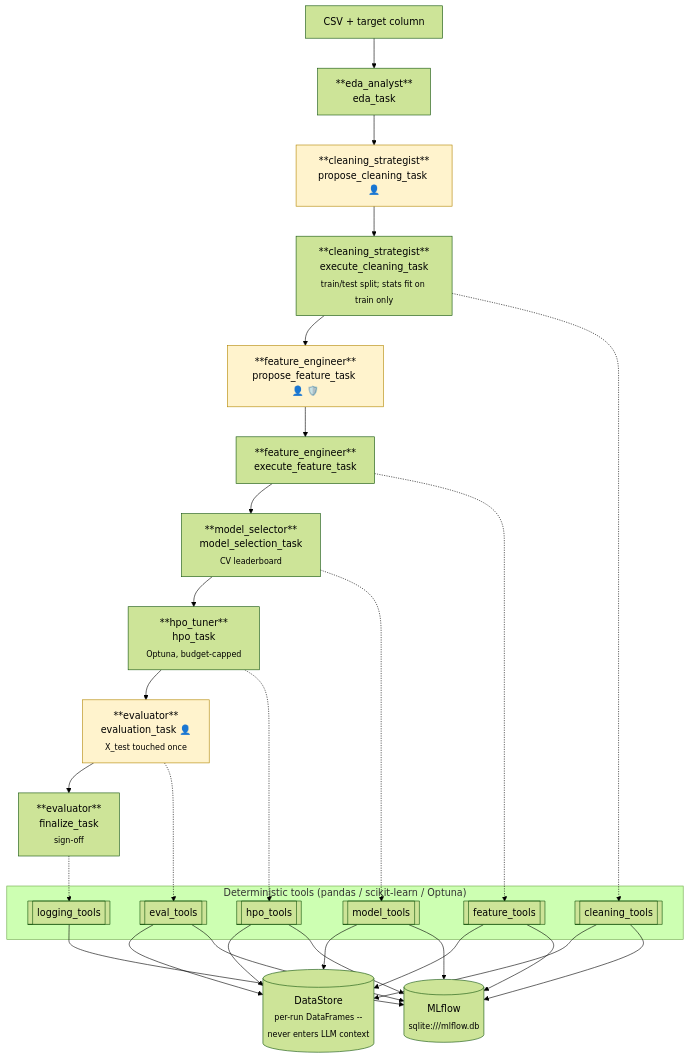
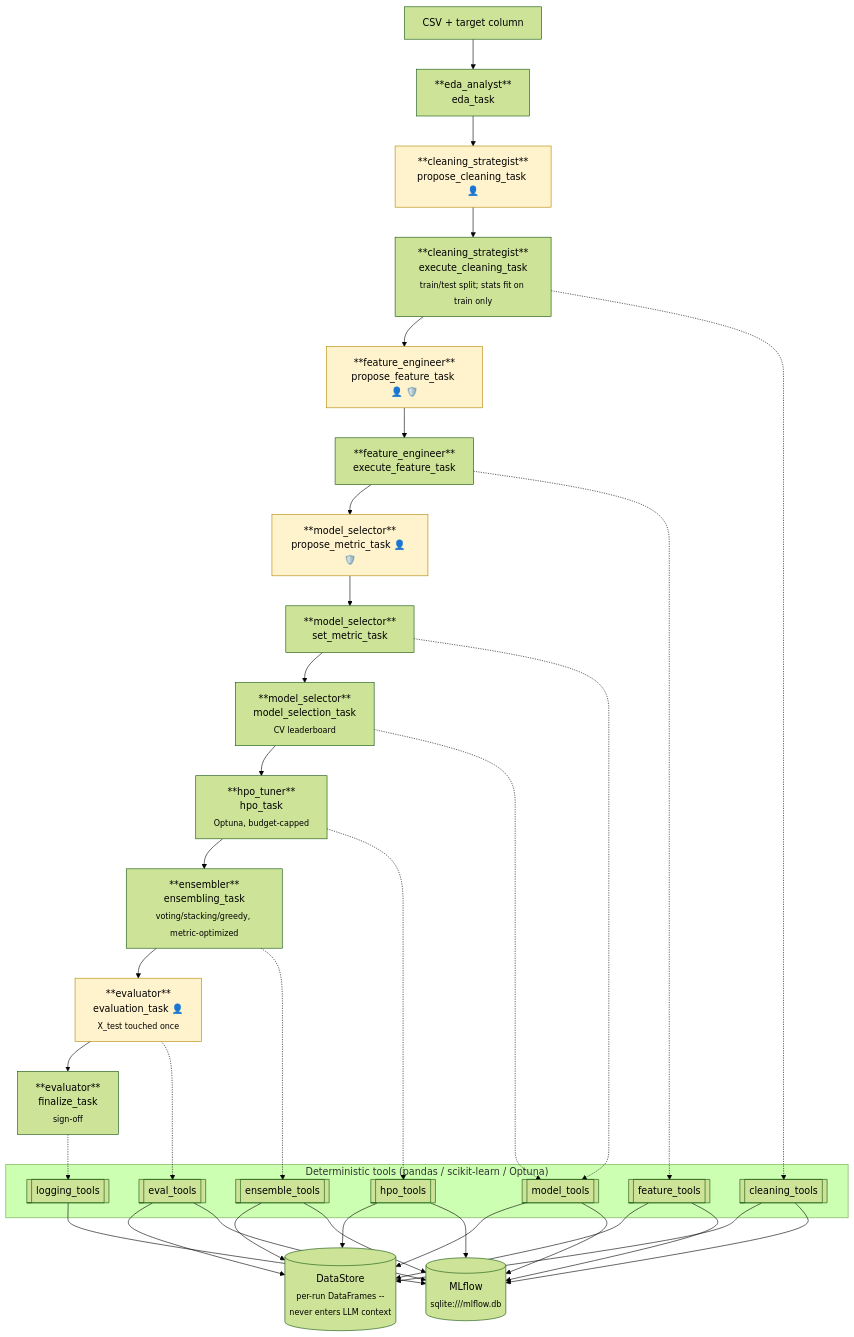
The diagram in README.md (rushikeshdhumal/ml-agent-structured-data), drawn with Mermaid (forest theme) before and after one commit. The commit also changed other lines of this file and 18 other files, not shown here.

First line of the commit message:
Feat: Add a human-reviewable metric-selection gate and a deterministic, metric-optimized ensembling stage

````diff
--- a/README.md
+++ b/README.md
@@ -59,40 +59,46 @@
 ```mermaid
 flowchart TD
     CSV["CSV + target column"]
     EDA["**eda_analyst**<br/>eda_task"]
     PC["**cleaning_strategist**<br/>propose_cleaning_task 👤"]
     EC["**cleaning_strategist**<br/>execute_cleaning_task<br/><sub>train/test split; stats fit on train only</sub>"]
     PF["**feature_engineer**<br/>propose_feature_task 👤 🛡️"]
     EF["**feature_engineer**<br/>execute_feature_task"]
+    PM["**model_selector**<br/>propose_metric_task 👤 🛡️"]
+    SM["**model_selector**<br/>set_metric_task"]
     MS["**model_selector**<br/>model_selection_task<br/><sub>CV leaderboard</sub>"]
     HPO["**hpo_tuner**<br/>hpo_task<br/><sub>Optuna, budget-capped</sub>"]
+    ENS["**ensembler**<br/>ensembling_task<br/><sub>voting/stacking/greedy, metric-optimized</sub>"]
     EV["**evaluator**<br/>evaluation_task 👤<br/><sub>X_test touched once</sub>"]
     FIN["**evaluator**<br/>finalize_task<br/><sub>sign-off</sub>"]
 
-    CSV --> EDA --> PC --> EC --> PF --> EF --> MS --> HPO --> EV --> FIN
+    CSV --> EDA --> PC --> EC --> PF --> EF --> PM --> SM --> MS --> HPO --> ENS --> EV --> FIN
 
     subgraph Tools["Deterministic tools (pandas / scikit-learn / Optuna)"]
         T1[[cleaning_tools]]
         T2[[feature_tools]]
         T3[[model_tools]]
         T4[[hpo_tools]]
+        T7[[ensemble_tools]]
         T5[[eval_tools]]
         T6[[logging_tools]]
     end
 
     EC -.-> T1
     EF -.-> T2
+    SM -.-> T3
     MS -.-> T3
     HPO -.-> T4
+    ENS -.-> T7
     EV -.-> T5
     FIN -.-> T6
 
     DS[("DataStore<br/><sub>per-run DataFrames --<br/>never enters LLM context</sub>")]
     MLF[("MLflow<br/><sub>sqlite:///mlflow.db</sub>")]
 
-    T1 & T2 & T3 & T4 & T5 --> DS
-    T1 & T2 & T3 & T4 & T5 & T6 --> MLF
+    T1 & T2 & T3 & T4 & T7 & T5 --> DS
+    T1 & T2 & T3 & T4 & T7 & T5 & T6 --> MLF
 
     classDef gate fill:#fff3cd,stroke:#b38600
-    class PC,PF,EV gate
+    class PC,PF,PM,EV gate
 ```
````
